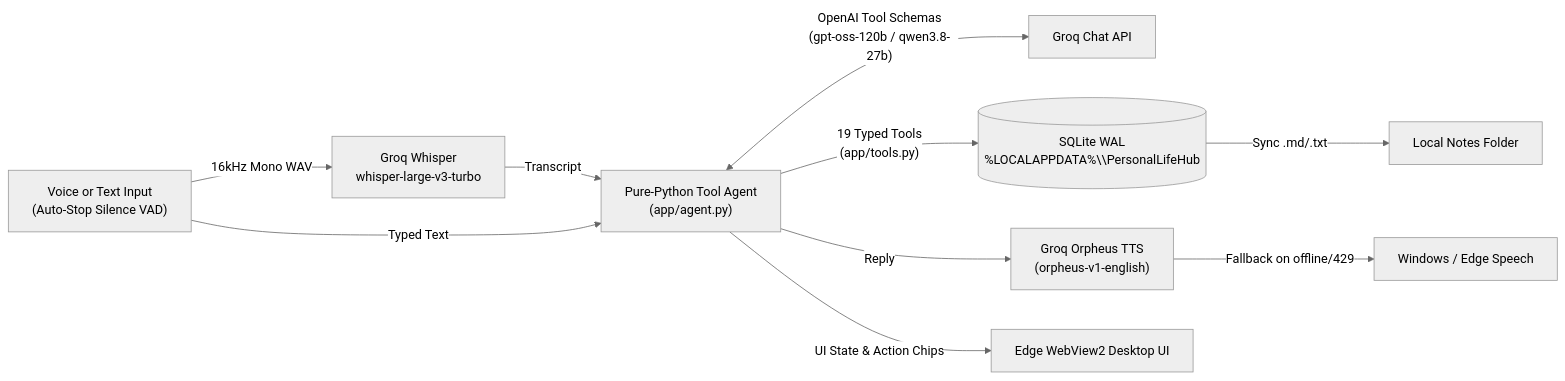
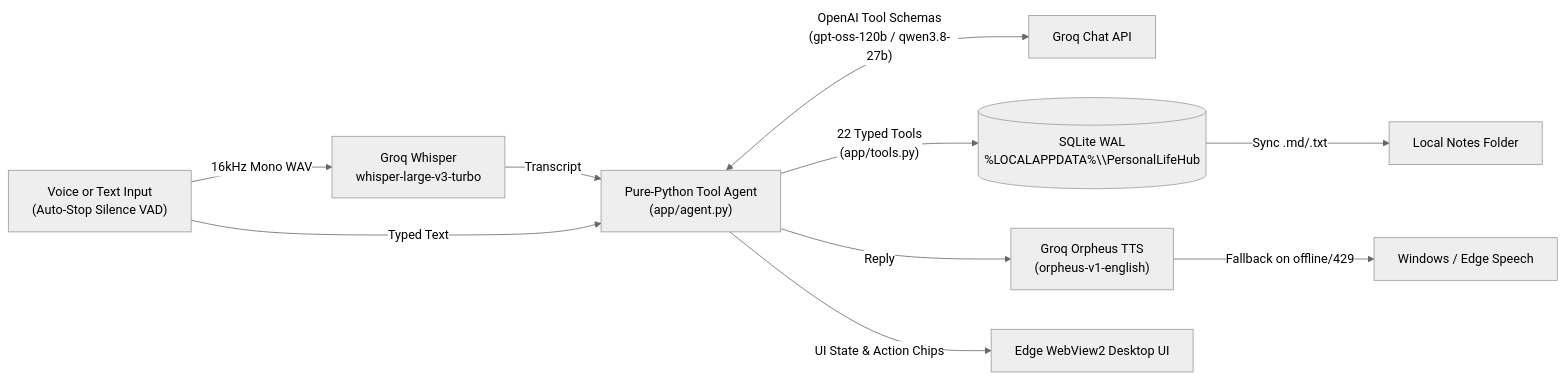
One commit to ammar-adel222/personal-life-hub changed the diagram in README.md. Above: the diagram before and after it, drawn with Mermaid (neutral theme). The commit also changed other lines of this file and 3 other files, not shown here.

Commit message:
tests & docs: add study timer test suite and update architecture docs

````diff
--- a/README.md
+++ b/README.md
@@ -11,12 +11,12 @@
 ```mermaid
 flowchart LR
     U["Voice or Text Input\n(Auto-Stop Silence VAD)"] -->|"16kHz Mono WAV"| W["Groq Whisper\nwhisper-large-v3-turbo"]
     W -->|"Transcript"| AG["Pure-Python Tool Agent\n(app/agent.py)"]
     U -->|"Typed Text"| AG
     AG <-->|"OpenAI Tool Schemas\n(gpt-oss-120b / qwen3.8-27b)"| G["Groq Chat API"]
-    AG -->|"19 Typed Tools\n(app/tools.py)"| DB[("SQLite WAL\n%LOCALAPPDATA%\\PersonalLifeHub")]
+    AG -->|"22 Typed Tools\n(app/tools.py)"| DB[("SQLite WAL\n%LOCALAPPDATA%\\PersonalLifeHub")]
     DB -->|"Sync .md/.txt"| FS["Local Notes Folder"]
     AG -->|"Reply"| TTS["Groq Orpheus TTS\n(orpheus-v1-english)"]
     TTS -->|"Fallback on offline/429"| LOCAL["Windows / Edge Speech"]
     AG -->|"UI State & Action Chips"| UI["Edge WebView2 Desktop UI"]
 ```
````
